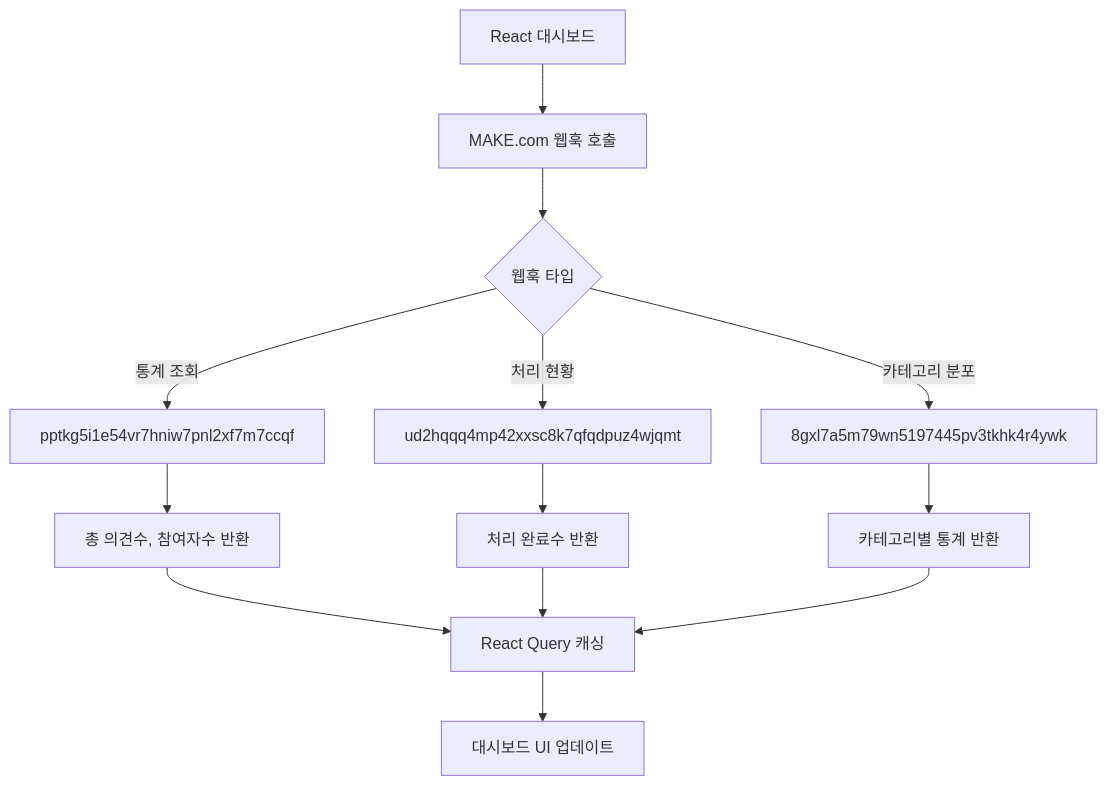
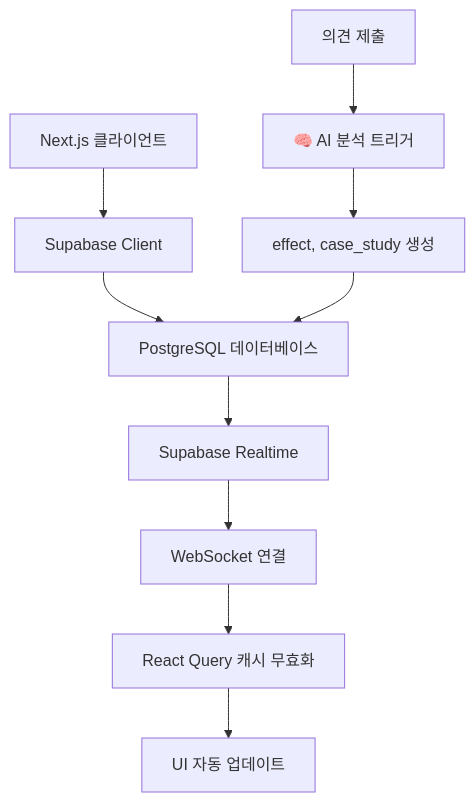
The second of 4 diagrams in doc/4)ERD.md (sodyfam/voice-iinsight-cursor), drawn with Mermaid before and after one commit. The commit also changed other lines of this file and 12 other files, not shown here.

````diff
--- a/doc/4)ERD.md
+++ b/doc/4)ERD.md
@@ -243,15 +220,13 @@
 ```mermaid
 flowchart TD
-    A[React 대시보드] --> B[MAKE.com 웹훅 호출]
-    B --> C{웹훅 타입}
-    C -->|통계 조회| D[pptkg5i1e54vr7hniw7pnl2xf7m7ccqf]
-    C -->|처리 현황| E[ud2hqqq4mp42xxsc8k7qfqdpuz4wjqmt]
-    C -->|카테고리 분포| F[8gxl7a5m79wn5197445pv3tkhk4r4ywk]
-    D --> G[총 의견수, 참여자수 반환]
-    E --> H[처리 완료수 반환]
-    F --> I[카테고리별 통계 반환]
-    G --> J[React Query 캐싱]
-    H --> J
-    I --> J
-    J --> K[대시보드 UI 업데이트]
+    A[Next.js 클라이언트] --> B[Supabase Client]
+    B --> C[PostgreSQL 데이터베이스]
+    C --> D[Supabase Realtime]
+    D --> E[WebSocket 연결]
+    E --> F[React Query 캐시 무효화]
+    F --> G[UI 자동 업데이트]
+    
+    H[의견 제출] --> I[🧠 AI 분석 트리거]
+    I --> J[effect, case_study 생성]
+    J --> C
 ```
````
